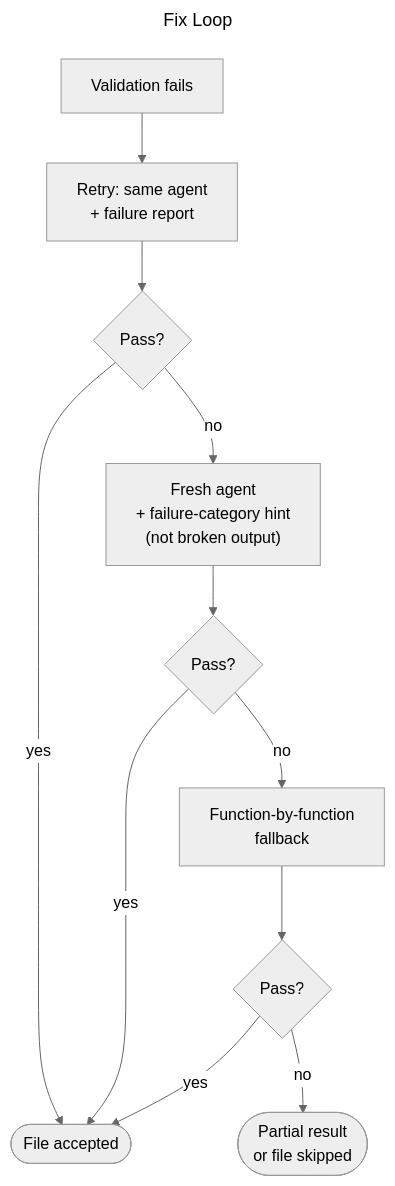
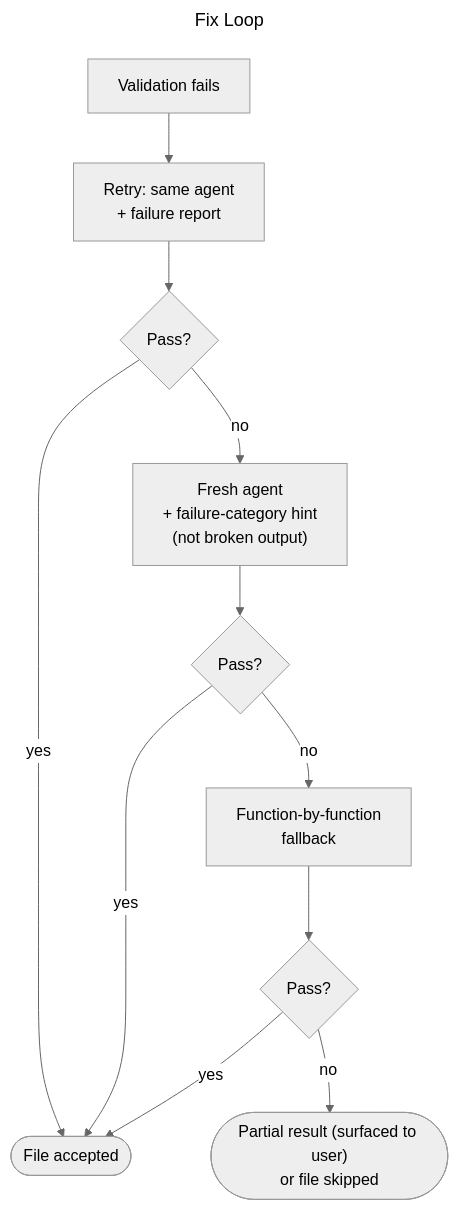
One commit to wiggitywhitney/spinybacked-orbweaver changed the diagram in docs/diagrams/fix-loop.mmd. Above: the diagram before and after it, drawn with Mermaid (neutral theme). The commit also changed 3 other files, not shown here.

First line of the commit message:
docs: refine solution document diagrams based on review

```diff
--- a/docs/diagrams/fix-loop.mmd
+++ b/docs/diagrams/fix-loop.mmd
@@ -1,25 +1,25 @@
 ---
 title: "Fix Loop"
 ---
 %% ABOUTME: Fix loop retry escalation — same agent retry, fresh agent handoff, function-level fallback
 flowchart TD
     FAIL["Validation fails"]
     R1["Retry: same agent\n+ failure report"]
     D1{"Pass?"}
     R2["Fresh agent\n+ failure-category hint\n(not broken output)"]
     D2{"Pass?"}
     R3["Function-by-function\nfallback"]
     D3{"Pass?"}
     ACCEPT(["File accepted"])
-    PARTIAL(["Partial result\nor file skipped"])
+    PARTIAL(["Partial result (surfaced to user)\nor file skipped"])
 
     FAIL --> R1
     R1 --> D1
     D1 -->|yes| ACCEPT
     D1 -->|no| R2
     R2 --> D2
     D2 -->|yes| ACCEPT
     D2 -->|no| R3
     R3 --> D3
     D3 -->|yes| ACCEPT
     D3 -->|no| PARTIAL
```
